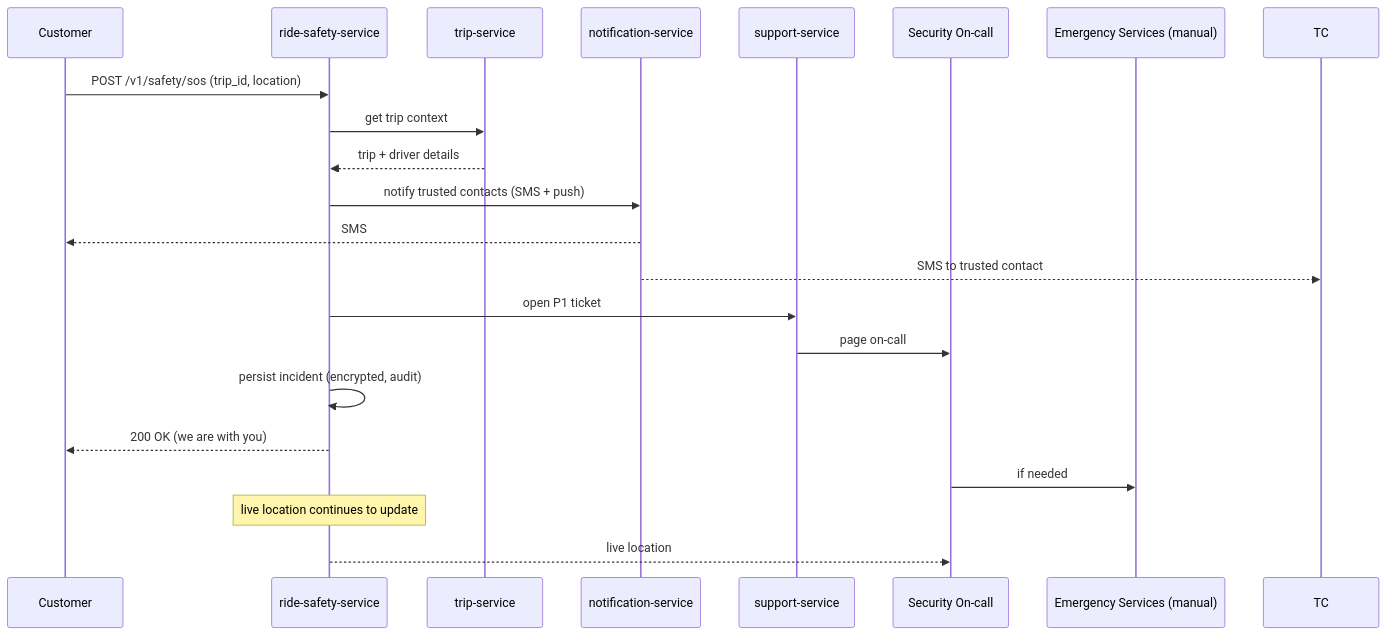
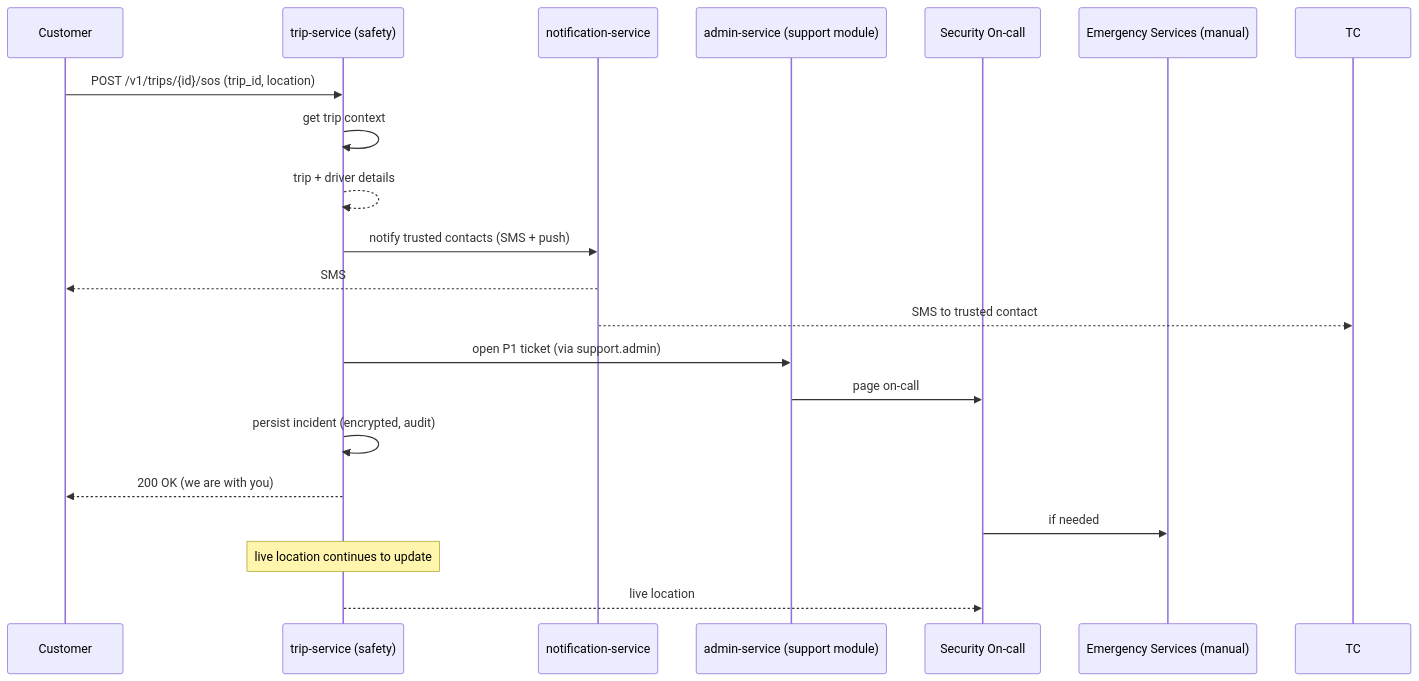
The first of 10 diagrams in docs/workflows/SAFETY_WORKFLOWS.md (mohamedhabibwork/trips-enjoy-docs), drawn with Mermaid before and after one commit. The commit also changed other lines of this file and 525 other files, not shown here.

````diff
--- a/docs/workflows/SAFETY_WORKFLOWS.md
+++ b/docs/workflows/SAFETY_WORKFLOWS.md
@@ -8,24 +13,23 @@
 ```mermaid
 sequenceDiagram
     participant C as Customer
-    participant RS as ride-safety-service
-    participant TR as trip-service
+    participant TR as trip-service (safety)
     participant NOT as notification-service
-    participant SUP as support-service
+    participant ADM as admin-service (support module)
     participant SEC as Security On-call
     participant LAW as Emergency Services (manual)
 
-    C->>RS: POST /v1/safety/sos (trip_id, location)
-    RS->>TR: get trip context
-    TR-->>RS: trip + driver details
-    RS->>NOT: notify trusted contacts (SMS + push)
+    C->>TR: POST /v1/trips/{id}/sos (trip_id, location)
+    TR->>TR: get trip context
+    TR-->>TR: trip + driver details
+    TR->>NOT: notify trusted contacts (SMS + push)
     NOT-->>C: SMS
     NOT-->>TC: SMS to trusted contact
-    RS->>SUP: open P1 ticket
-    SUP->>SEC: page on-call
-    RS->>RS: persist incident (encrypted, audit)
-    RS-->>C: 200 OK (we are with you)
+    TR->>ADM: open P1 ticket (via support.admin)
+    ADM->>SEC: page on-call
+    TR->>TR: persist incident (encrypted, audit)
+    TR-->>C: 200 OK (we are with you)
     SEC->>LAW: if needed
-    Note over RS: live location continues to update
-    RS-->>SEC: live location
+    Note over TR: live location continues to update
+    TR-->>SEC: live location
 ```
````
